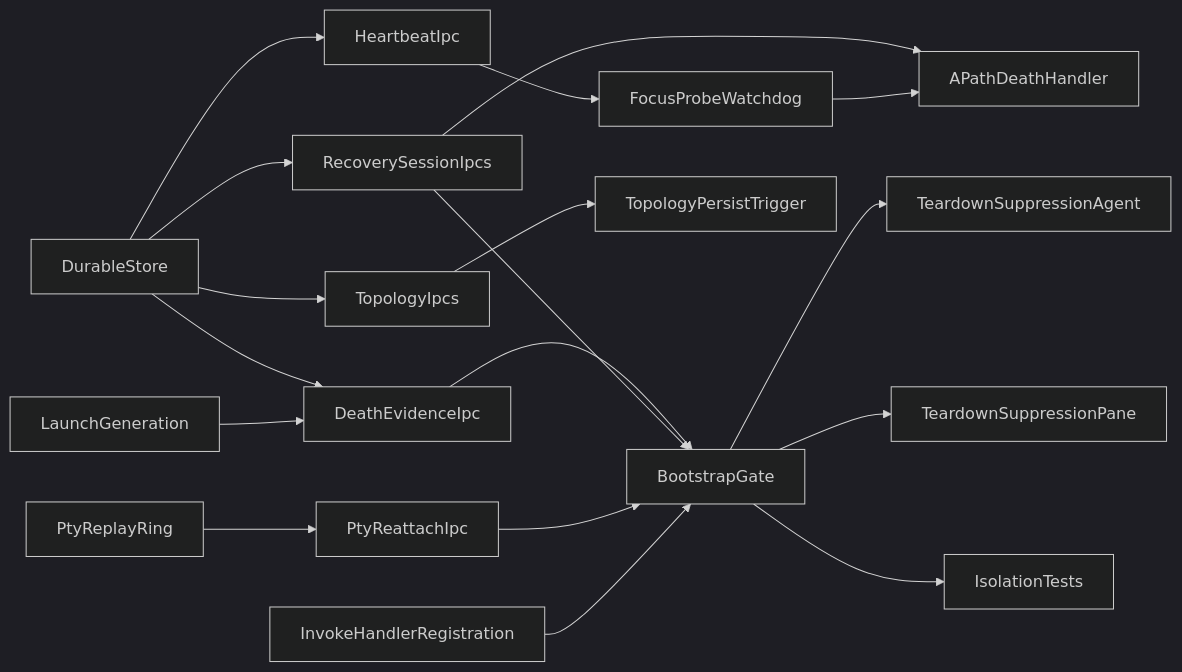
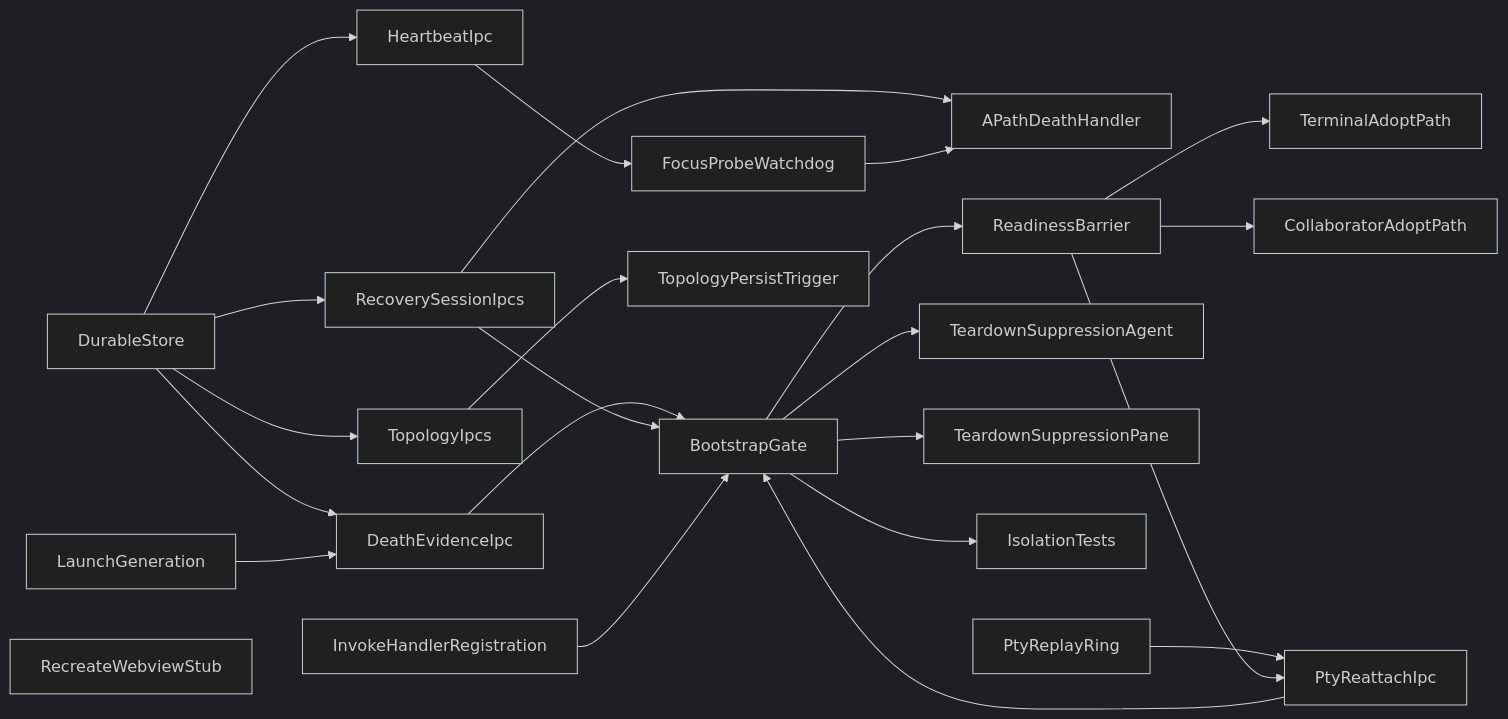
One commit to yes506/canvas-terminal changed the diagram in ai-artifacts/runs/code/webcontent-death-recovery-57489-10977-6960/plan.mmd. Above: the diagram before and after it, drawn with Mermaid (dark theme). The commit also changed 1 other file, not shown here.

```diff
--- a/ai-artifacts/runs/code/webcontent-death-recovery-57489-10977-6960/plan.mmd
+++ b/ai-artifacts/runs/code/webcontent-death-recovery-57489-10977-6960/plan.mmd
@@ -1,34 +1,42 @@
 graph LR
   DurableStore["DurableStore"]
   HeartbeatIpc["HeartbeatIpc"]
   LaunchGeneration["LaunchGeneration"]
   DeathEvidenceIpc["DeathEvidenceIpc"]
   RecoverySessionIpcs["RecoverySessionIpcs"]
   TopologyIpcs["TopologyIpcs"]
   FocusProbeWatchdog["FocusProbeWatchdog"]
   APathDeathHandler["APathDeathHandler"]
   PtyReplayRing["PtyReplayRing"]
   PtyReattachIpc["PtyReattachIpc"]
   InvokeHandlerRegistration["InvokeHandlerRegistration"]
   BootstrapGate["BootstrapGate"]
   TeardownSuppressionAgent["TeardownSuppressionAgent"]
   TeardownSuppressionPane["TeardownSuppressionPane"]
   TopologyPersistTrigger["TopologyPersistTrigger"]
   IsolationTests["IsolationTests"]
+  ReadinessBarrier["ReadinessBarrier"]
+  TerminalAdoptPath["TerminalAdoptPath"]
+  CollaboratorAdoptPath["CollaboratorAdoptPath"]
+  RecreateWebviewStub["RecreateWebviewStub"]
   DurableStore --> HeartbeatIpc
   DurableStore --> DeathEvidenceIpc
   DurableStore --> RecoverySessionIpcs
   DurableStore --> TopologyIpcs
   HeartbeatIpc --> FocusProbeWatchdog
   LaunchGeneration --> DeathEvidenceIpc
   DeathEvidenceIpc --> BootstrapGate
   RecoverySessionIpcs --> APathDeathHandler
   RecoverySessionIpcs --> BootstrapGate
   TopologyIpcs --> TopologyPersistTrigger
   FocusProbeWatchdog --> APathDeathHandler
   PtyReplayRing --> PtyReattachIpc
   PtyReattachIpc --> BootstrapGate
   InvokeHandlerRegistration --> BootstrapGate
+  BootstrapGate --> ReadinessBarrier
   BootstrapGate --> TeardownSuppressionAgent
   BootstrapGate --> TeardownSuppressionPane
   BootstrapGate --> IsolationTests
+  ReadinessBarrier --> TerminalAdoptPath
+  ReadinessBarrier --> CollaboratorAdoptPath
+  ReadinessBarrier --> PtyReattachIpc
```
